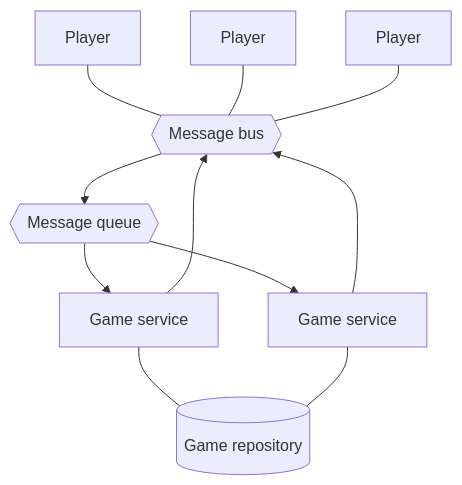
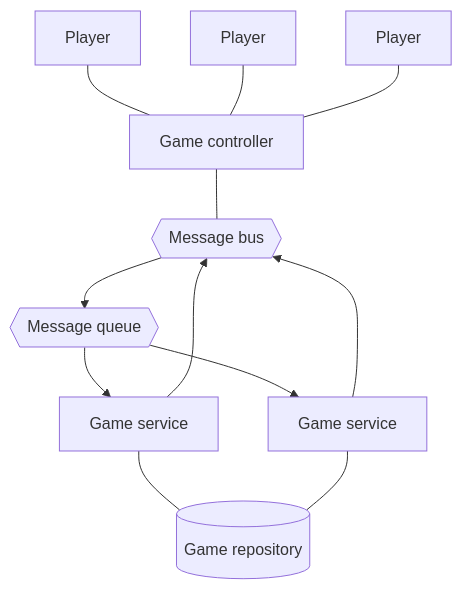
The first of 3 diagrams in README.md (epifab/bastoni), drawn with Mermaid before and after one commit. The commit also changed other lines of this file and 5 other files, not shown here.

````diff
--- a/README.md
+++ b/README.md
@@ -40,22 +43,24 @@
 ```mermaid
 flowchart TD
+    frontend1[Player]
+    frontend2[Player]
+    frontend3[Player]
+    controller[Game controller]
     bus{{Message bus}}
     queue{{Message queue}}
     service1[Game service]
     service2[Game service]
     db[(Game repository)]
-    frontend1[Player]
-    frontend2[Player]
-    frontend3[Player]
 
-    frontend1---bus
-    frontend2---bus
-    frontend3---bus
+    frontend1---controller
+    frontend2---controller
+    frontend3---controller
+    controller---bus
     bus-->queue
     service1-->bus
     service2-->bus
     queue-->service1
     queue-->service2
     service1---db
     service2---db
 ```
````
